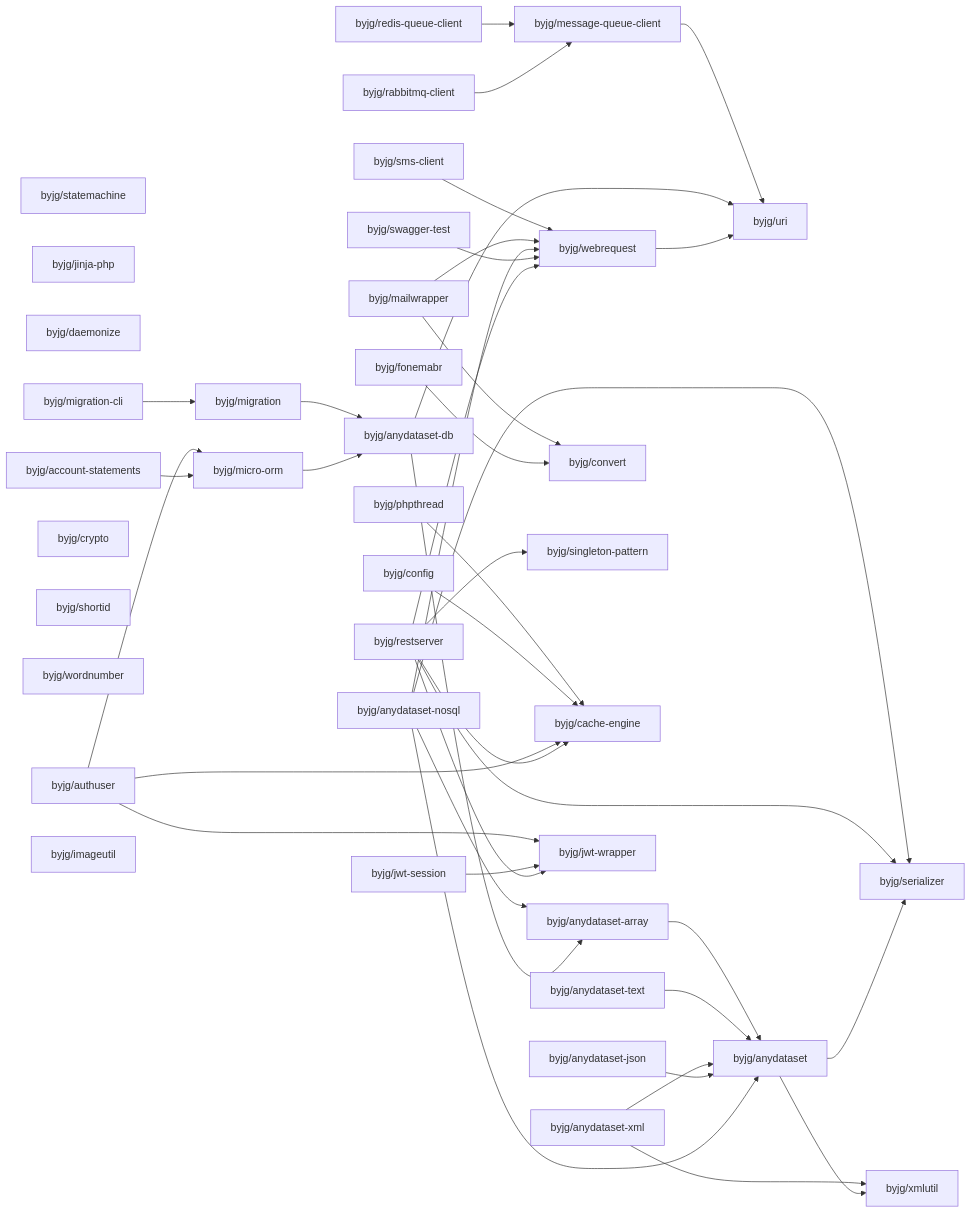
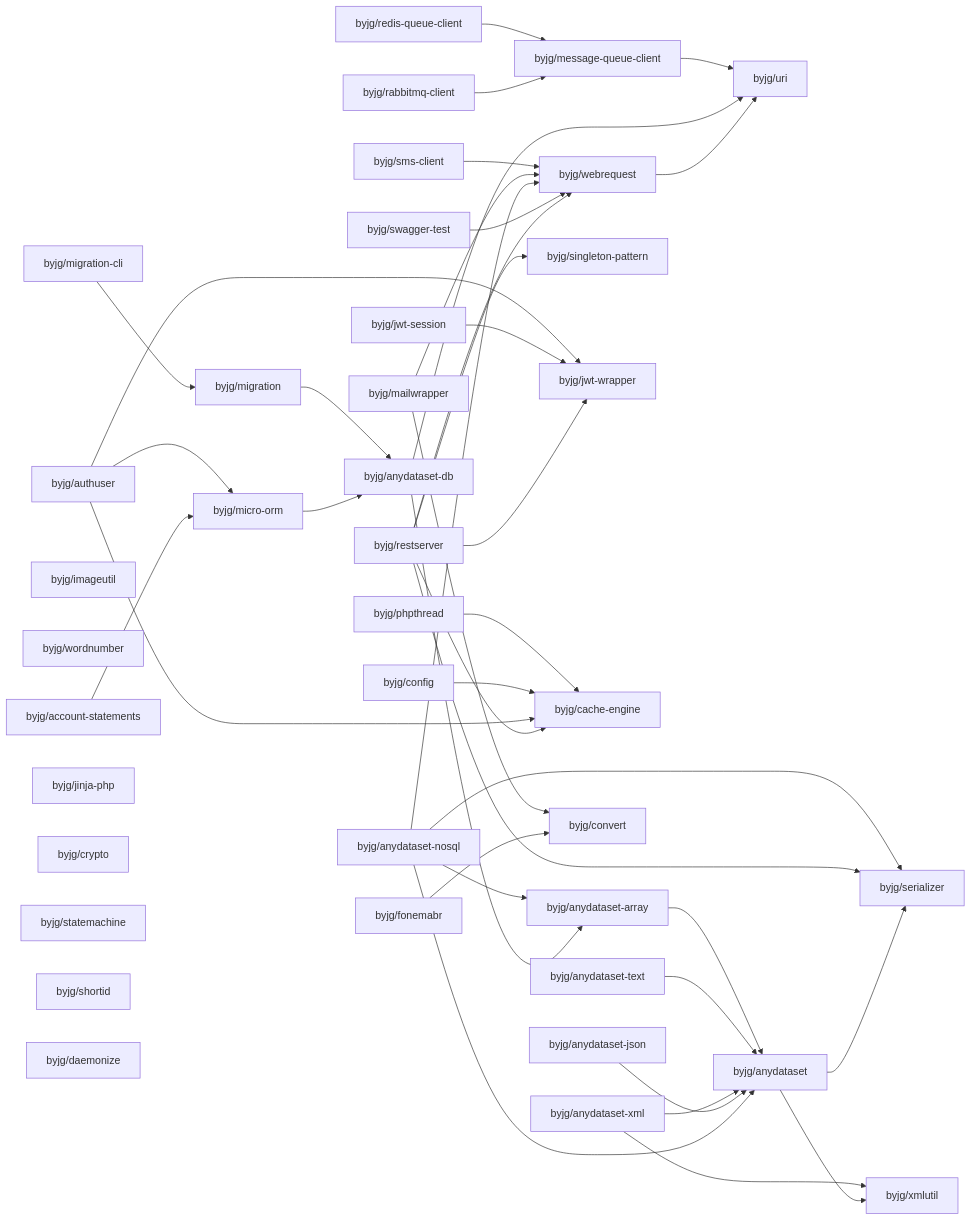
The diagram in docs/php/README.md (byjg/byjg.github.io), drawn with Mermaid before and after one commit. The commit also changed other lines of this file and 1 other file, not shown here.

````diff
--- a/docs/php/README.md
+++ b/docs/php/README.md
@@ -3,78 +3,78 @@
 ```mermaid
 graph LR;
-  byjg/statemachine;
+  byjg/anydataset-text;
+  byjg/sms-client;
+  byjg/restserver;
+  byjg/config;
+  byjg/authuser;
+  byjg/swagger-test;
+  byjg/migration-cli;
+  byjg/redis-queue-client;
+  byjg/imageutil;
+  byjg/wordnumber;
+  byjg/fonemabr;
+  byjg/account-statements;
   byjg/jinja-php;
-  byjg/daemonize;
-  byjg/authuser;
-  byjg/phpthread;
-  byjg/sms-client;
-  byjg/redis-queue-client;
-  byjg/anydataset-text;
-  byjg/account-statements;
-  byjg/swagger-test;
-  byjg/anydataset-xml;
-  byjg/rabbitmq-client;
-  byjg/jwt-session;
-  byjg/config;
-  byjg/fonemabr;
-  byjg/crypto;
-  byjg/mailwrapper;
-  byjg/shortid;
-  byjg/wordnumber;
-  byjg/migration-cli;
-  byjg/imageutil;
   byjg/anydataset-json;
   byjg/anydataset-nosql;
-  byjg/restserver;
+  byjg/jwt-session;
+  byjg/crypto;
+  byjg/phpthread;
+  byjg/rabbitmq-client;
+  byjg/mailwrapper;
+  byjg/statemachine;
+  byjg/shortid;
+  byjg/daemonize;
+  byjg/anydataset-xml;
+  byjg/singleton-pattern;
+  byjg/migration;
   byjg/micro-orm;
+  byjg/jwt-wrapper;
+  byjg/cache-engine;
   byjg/message-queue-client;
   byjg/convert;
-  byjg/migration;
-  byjg/singleton-pattern;
-  byjg/cache-engine;
   byjg/webrequest;
-  byjg/jwt-wrapper;
   byjg/anydataset-db;
   byjg/anydataset-array;
   byjg/uri;
   byjg/anydataset;
   byjg/serializer;
   byjg/xmlutil;
   byjg/sms-client --> byjg/webrequest;
   byjg/anydataset-array --> byjg/anydataset;
   byjg/phpthread --> byjg/cache-engine;
   byjg/anydataset-text --> byjg/anydataset;
   byjg/mailwrapper --> byjg/convert;
   byjg/mailwrapper --> byjg/webrequest;
   byjg/migration-cli --> byjg/migration;
   byjg/anydataset-xml --> byjg/anydataset;
   byjg/anydataset-xml --> byjg/xmlutil;
   byjg/redis-queue-client --> byjg/message-queue-client;
   byjg/fonemabr --> byjg/convert;
   byjg/message-queue-client --> byjg/uri;
   byjg/config --> byjg/cache-engine;
   byjg/rabbitmq-client --> byjg/message-queue-client;
   byjg/authuser --> byjg/micro-orm;
   byjg/authuser --> byjg/cache-engine;
   byjg/authuser --> byjg/jwt-wrapper;
   byjg/jwt-session --> byjg/jwt-wrapper;
   byjg/anydataset-json --> byjg/anydataset;
   byjg/anydataset-nosql --> byjg/anydataset;
   byjg/anydataset-nosql --> byjg/anydataset-array;
   byjg/anydataset-nosql --> byjg/serializer;
   byjg/anydataset-nosql --> byjg/webrequest;
   byjg/anydataset-db --> byjg/anydataset-array;
   byjg/anydataset-db --> byjg/uri;
   byjg/swagger-test --> byjg/webrequest;
   byjg/restserver --> byjg/serializer;
   byjg/restserver --> byjg/singleton-pattern;
   byjg/restserver --> byjg/cache-engine;
   byjg/restserver --> byjg/webrequest;
   byjg/restserver --> byjg/jwt-wrapper;
   byjg/migration --> byjg/anydataset-db;
   byjg/anydataset --> byjg/serializer;
   byjg/anydataset --> byjg/xmlutil;
   byjg/micro-orm --> byjg/anydataset-db;
   byjg/webrequest --> byjg/uri;
   byjg/account-statements --> byjg/micro-orm;
 ```
````
